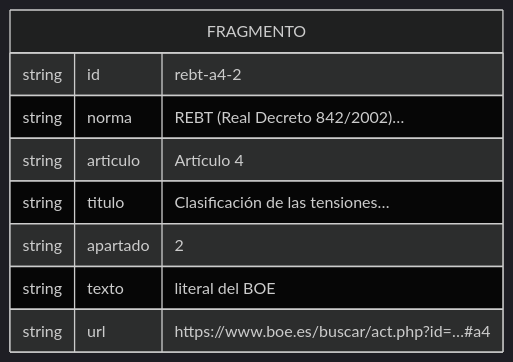
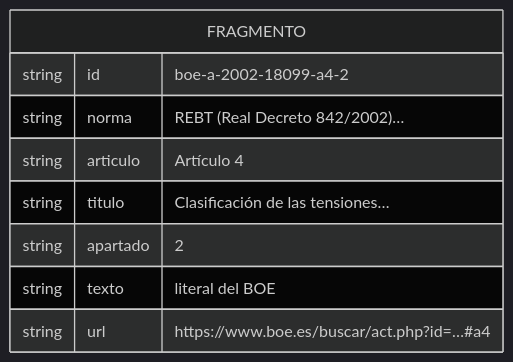
One commit to pedronavarro-labs/normacita changed the fourth of 5 diagrams in docs/ARQUITECTURA.md. Above: the diagram before and after it, drawn with Mermaid (dark theme). The commit also changed other lines of this file and 1 other file, not shown here.

Commit message:
docs: enlace a la memoria en el README y diagrama de secuencia actualizado (umbral de cobertura)

````diff
--- a/docs/ARQUITECTURA.md
+++ b/docs/ARQUITECTURA.md
@@ -80,12 +80,12 @@
 ```mermaid
 erDiagram
     FRAGMENTO {
-        string id "rebt-a4-2"
+        string id "boe-a-2002-18099-a4-2"
         string norma "REBT (Real Decreto 842/2002)…"
         string articulo "Artículo 4"
         string titulo "Clasificación de las tensiones…"
         string apartado "2"
         string texto "literal del BOE"
         string url "https://www.boe.es/buscar/act.php?id=…#a4"
     }
 ```
````
